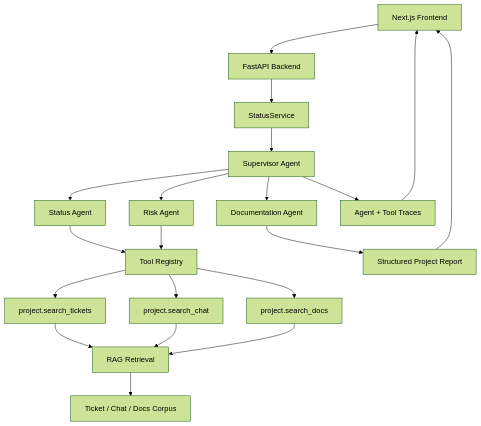
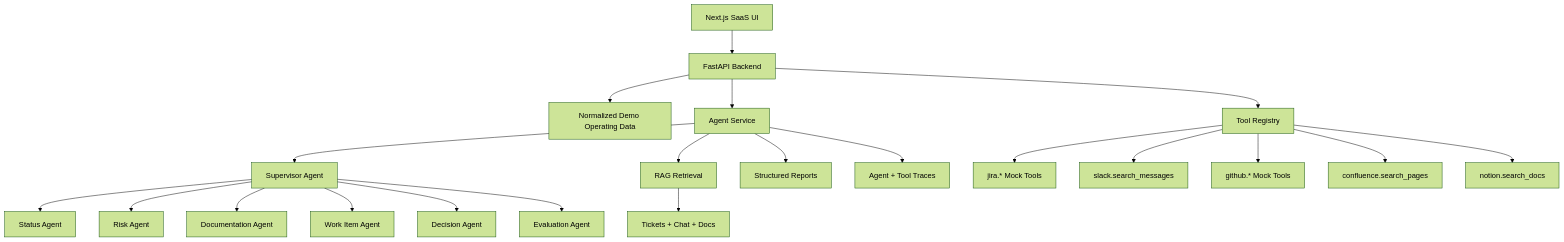
The first of 2 diagrams in README.md (jonajoy142/ai-status-agent), drawn with Mermaid (forest theme) before and after one commit. The commit also changed other lines of this file and 35 other files, not shown here.

````diff
--- a/README.md
+++ b/README.md
@@ -21,26 +64,26 @@
 ```mermaid
 flowchart TD
-    UI[Next.js Frontend] --> API[FastAPI Backend]
-    API --> Service[StatusService]
-    Service --> Supervisor[Supervisor Agent]
+    UI[Next.js SaaS UI] --> API[FastAPI Backend]
+    API --> DemoData[Normalized Demo Operating Data]
+    API --> AgentService[Agent Service]
+    API --> Tools[Tool Registry]
 
+    AgentService --> Supervisor[Supervisor Agent]
     Supervisor --> Status[Status Agent]
     Supervisor --> Risk[Risk Agent]
     Supervisor --> Docs[Documentation Agent]
+    Supervisor --> WorkItem[Work Item Agent]
+    Supervisor --> Decision[Decision Agent]
+    Supervisor --> Eval[Evaluation Agent]
 
-    Status --> Registry[Tool Registry]
-    Risk --> Registry
-    Registry --> Tickets[project.search_tickets]
-    Registry --> Chat[project.search_chat]
-    Registry --> ProjectDocs[project.search_docs]
+    Tools --> Jira[jira.* Mock Tools]
+    Tools --> Slack[slack.search_messages]
+    Tools --> GitHub[github.* Mock Tools]
+    Tools --> Confluence[confluence.search_pages]
+    Tools --> Notion[notion.search_docs]
 
-    Tickets --> Retrieval[RAG Retrieval]
-    Chat --> Retrieval
-    ProjectDocs --> Retrieval
-    Retrieval --> Corpus[Ticket / Chat / Docs Corpus]
-
-    Docs --> Report[Structured Project Report]
-    Supervisor --> Trace[Agent + Tool Traces]
-    Report --> UI
-    Trace --> UI
+    AgentService --> Retrieval[RAG Retrieval]
+    Retrieval --> Sources[Tickets + Chat + Docs]
+    AgentService --> Reports[Structured Reports]
+    AgentService --> Traces[Agent + Tool Traces]
 ```
````
